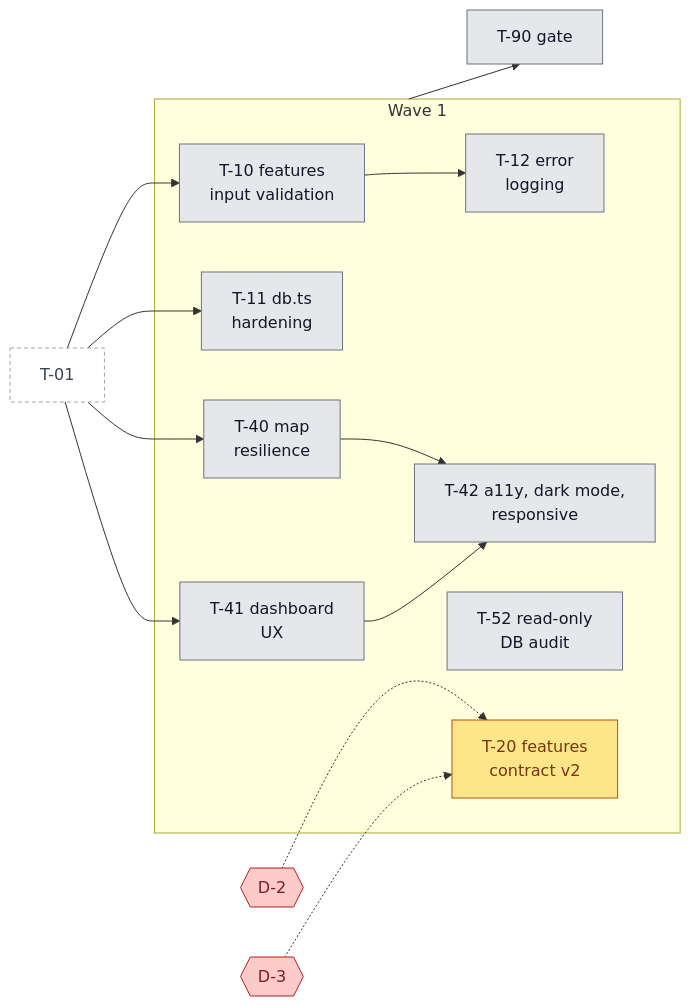
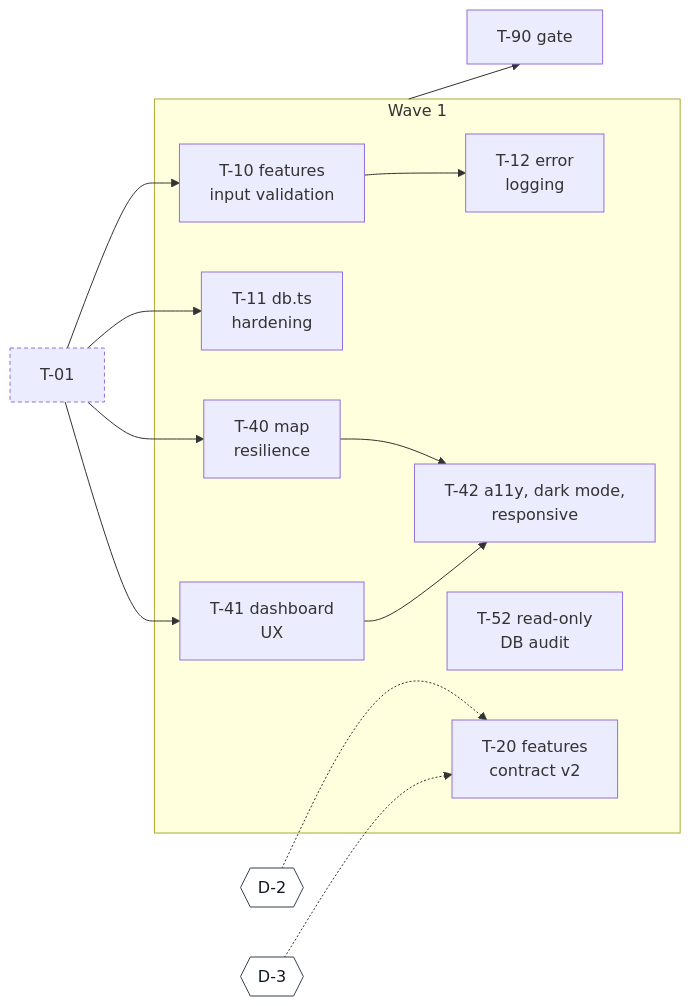
The second of 7 diagrams in docs/agents/development-status.md (adrianfarhat/orlando-infrastructure-etl), drawn with Mermaid before and after one commit. The commit also changed other lines of this file and 7 other files, not shown here.

First line of the commit message:
Move task status to GitHub Project, add docs conventions, and correct ETL diagram accuracy (#2)

````diff
--- a/docs/agents/development-status.md
+++ b/docs/agents/development-status.md
@@ -82,36 +57,33 @@
 ```mermaid
 flowchart LR
+  %% diagram-type: dependency
   T01p["T-01"]
   D2{{"D-2"}}
   D3{{"D-3"}}
   subgraph W1["Wave 1"]
     T10["T-10 features<br/>input validation"]
     T11["T-11 db.ts<br/>hardening"]
     T12["T-12 error<br/>logging"]
     T40["T-40 map<br/>resilience"]
     T41["T-41 dashboard<br/>UX"]
     T42["T-42 a11y, dark mode,<br/>responsive"]
     T52["T-52 read-only<br/>DB audit"]
     T20["T-20 features<br/>contract v2"]
   end
   G1["T-90 gate"]
   T01p --> T10
   T01p --> T11
   T01p --> T40
   T01p --> T41
   T10 --> T12
   T40 --> T42
   T41 --> T42
   D2 -.-> T20
   D3 -.-> T20
   W1 --> G1
 
-  classDef todo fill:#e5e7eb,stroke:#6b7280,color:#111827
-  classDef waiting fill:#fde68a,stroke:#b45309,color:#78350f
-  classDef decision fill:#fecaca,stroke:#b91c1c,color:#7f1d1d
-  classDef prior fill:#ffffff,stroke:#9ca3af,stroke-dasharray:4 3,color:#374151
-  class T10,T11,T12,T40,T41,T42,T52,G1 todo
-  class T20 waiting
+  classDef decision fill:#ffffff,stroke:#374151,color:#111827
+  classDef otherwave stroke-dasharray:4 3
   class D2,D3 decision
-  class T01p prior
+  class T01p otherwave
 ```
````
